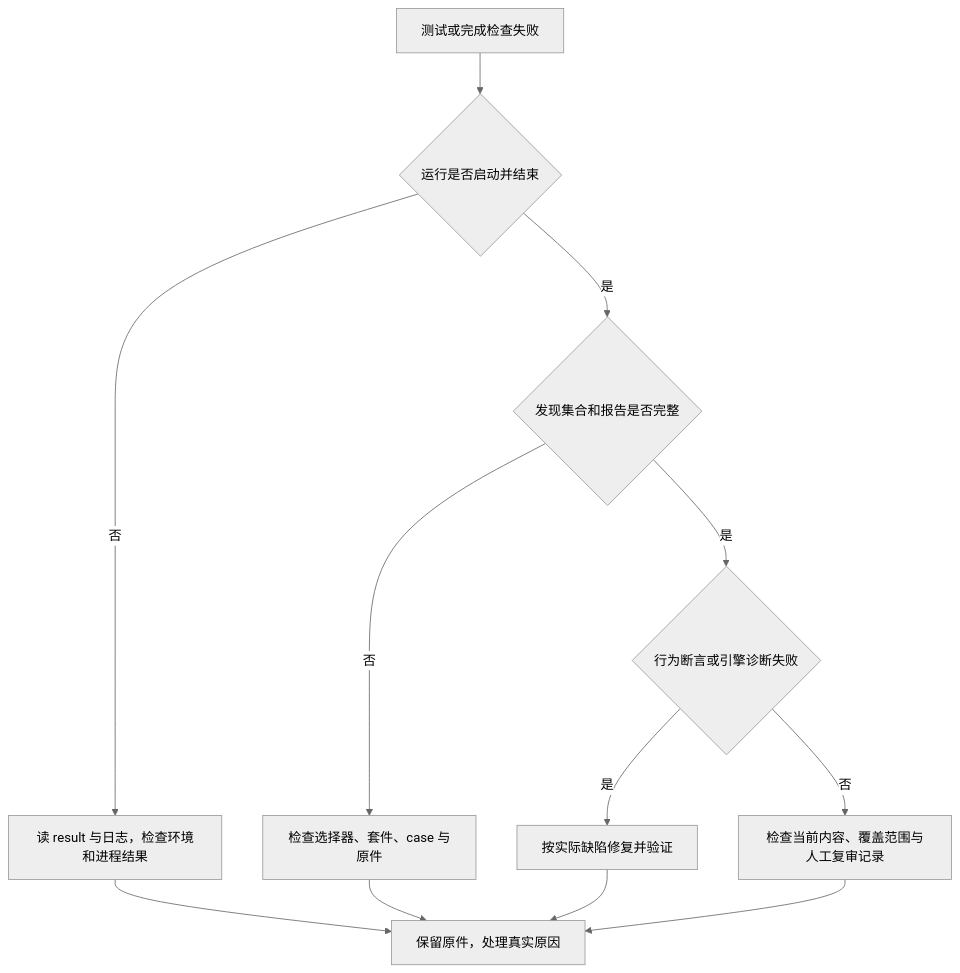
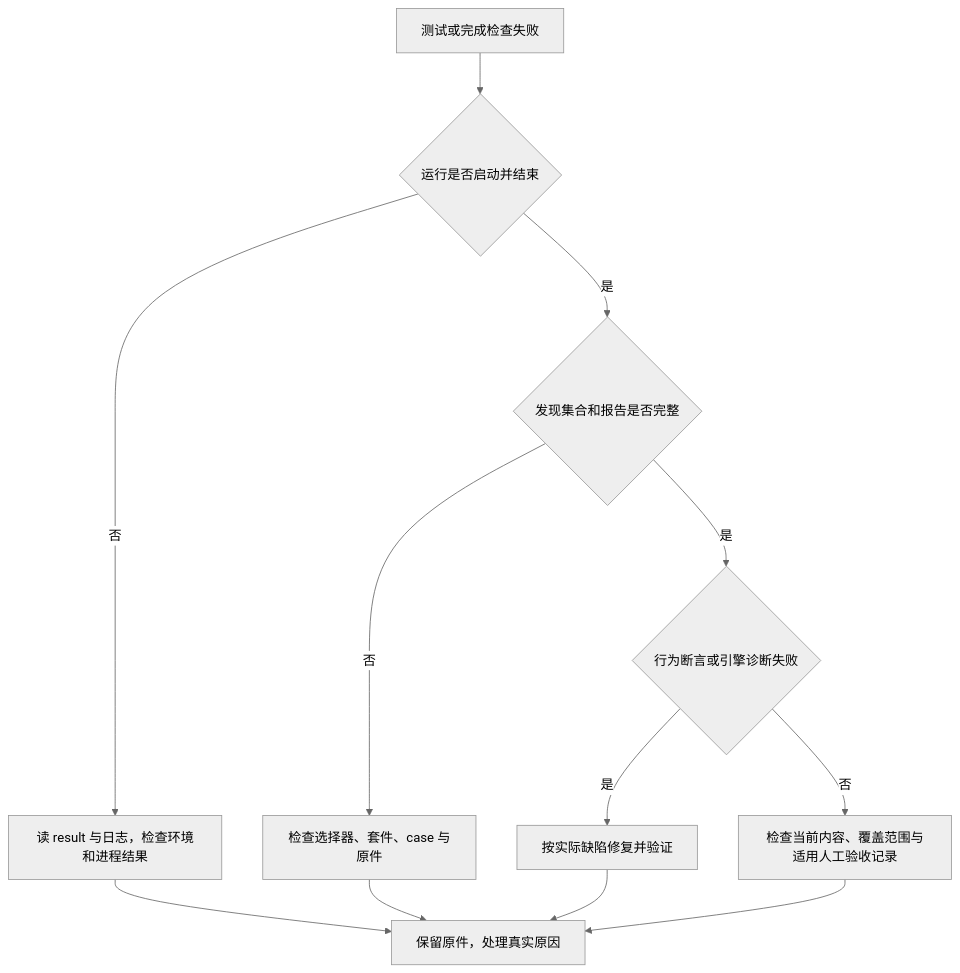
Before and after one commit to yxy823/Game_idle_yaya_frame: the diagram in framework/docs/blank-project/reference/troubleshooting.md, drawn with Mermaid (neutral theme). The commit also changed other lines of this file and 27 other files, not shown here.

````diff
--- a/framework/docs/blank-project/reference/troubleshooting.md
+++ b/framework/docs/blank-project/reference/troubleshooting.md
@@ -59,14 +59,14 @@
 ```mermaid
 flowchart TD
     A[测试或完成检查失败] --> B{运行是否启动并结束}
     B -->|否| C[读 result 与日志，检查环境和进程结果]
     B -->|是| D{发现集合和报告是否完整}
     D -->|否| E[检查选择器、套件、case 与原件]
     D -->|是| F{行为断言或引擎诊断失败}
     F -->|是| G[按实际缺陷修复并验证]
-    F -->|否| H[检查当前内容、覆盖范围与人工复审记录]
+    F -->|否| H[检查当前内容、覆盖范围与适用人工验收记录]
     C --> I[保留原件，处理真实原因]
     E --> I
     G --> I
     H --> I
 ```
````
